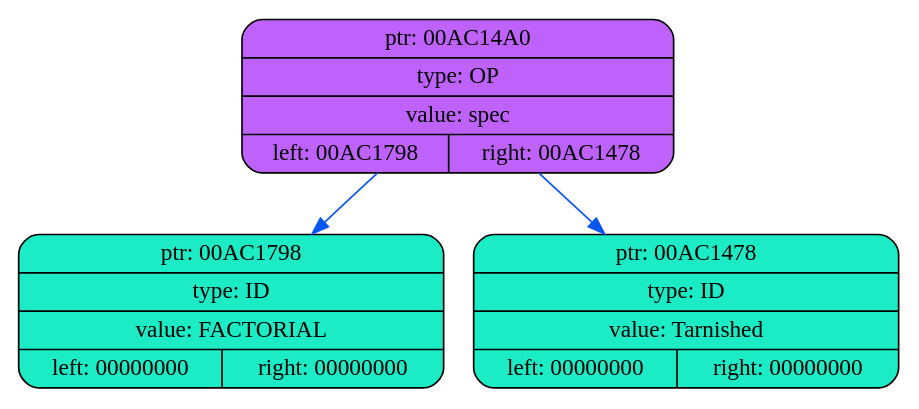
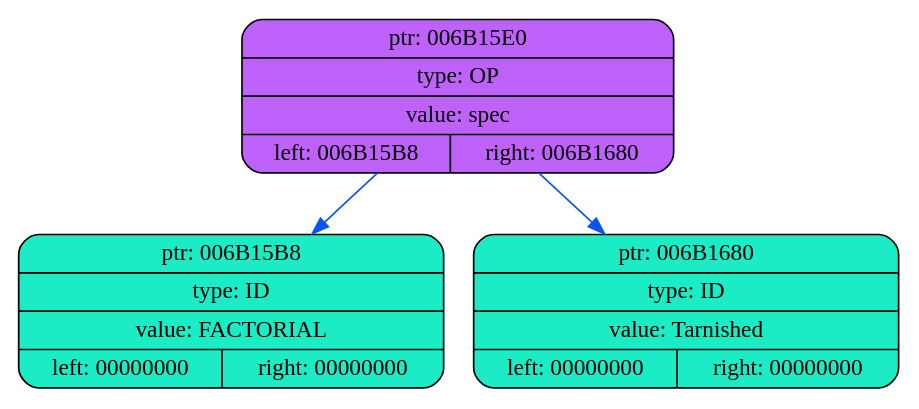
Before and after one commit to coffee8cat/Elden-language: the diagram in dump/dump2.dot, drawn with Graphviz. The commit also changed 17 other files, not shown here.

```diff
--- a/dump/dump2.dot
+++ b/dump/dump2.dot
@@ -1,10 +1,10 @@
 digraph
 {
     rankdir=TP
 
-        node00AC14A0[shape=record,style="rounded,filled",fillcolor="#BF62FC",label="{ ptr: 00AC14A0 | type: OP | value: spec| { left: 00AC1798 | right: 00AC1478 }}"];
-    node00AC14A0 -> node00AC1798[color="#0855F0"]
-    node00AC1798[shape=record,style="rounded,filled",fillcolor="#1BECC5",label="{ ptr: 00AC1798 | type: ID | value: FACTORIAL| { left: 00000000 | right: 00000000 }}"];
-    node00AC14A0 -> node00AC1478[color="#0855F0"]
-    node00AC1478[shape=record,style="rounded,filled",fillcolor="#1BECC5",label="{ ptr: 00AC1478 | type: ID | value: Tarnished| { left: 00000000 | right: 00000000 }}"];
+        node006B15E0[shape=record,style="rounded,filled",fillcolor="#BF62FC",label="{ ptr: 006B15E0 | type: OP | value: spec| { left: 006B15B8 | right: 006B1680 }}"];
+    node006B15E0 -> node006B15B8[color="#0855F0"]
+    node006B15B8[shape=record,style="rounded,filled",fillcolor="#1BECC5",label="{ ptr: 006B15B8 | type: ID | value: FACTORIAL| { left: 00000000 | right: 00000000 }}"];
+    node006B15E0 -> node006B1680[color="#0855F0"]
+    node006B1680[shape=record,style="rounded,filled",fillcolor="#1BECC5",label="{ ptr: 006B1680 | type: ID | value: Tarnished| { left: 00000000 | right: 00000000 }}"];
 }
```
